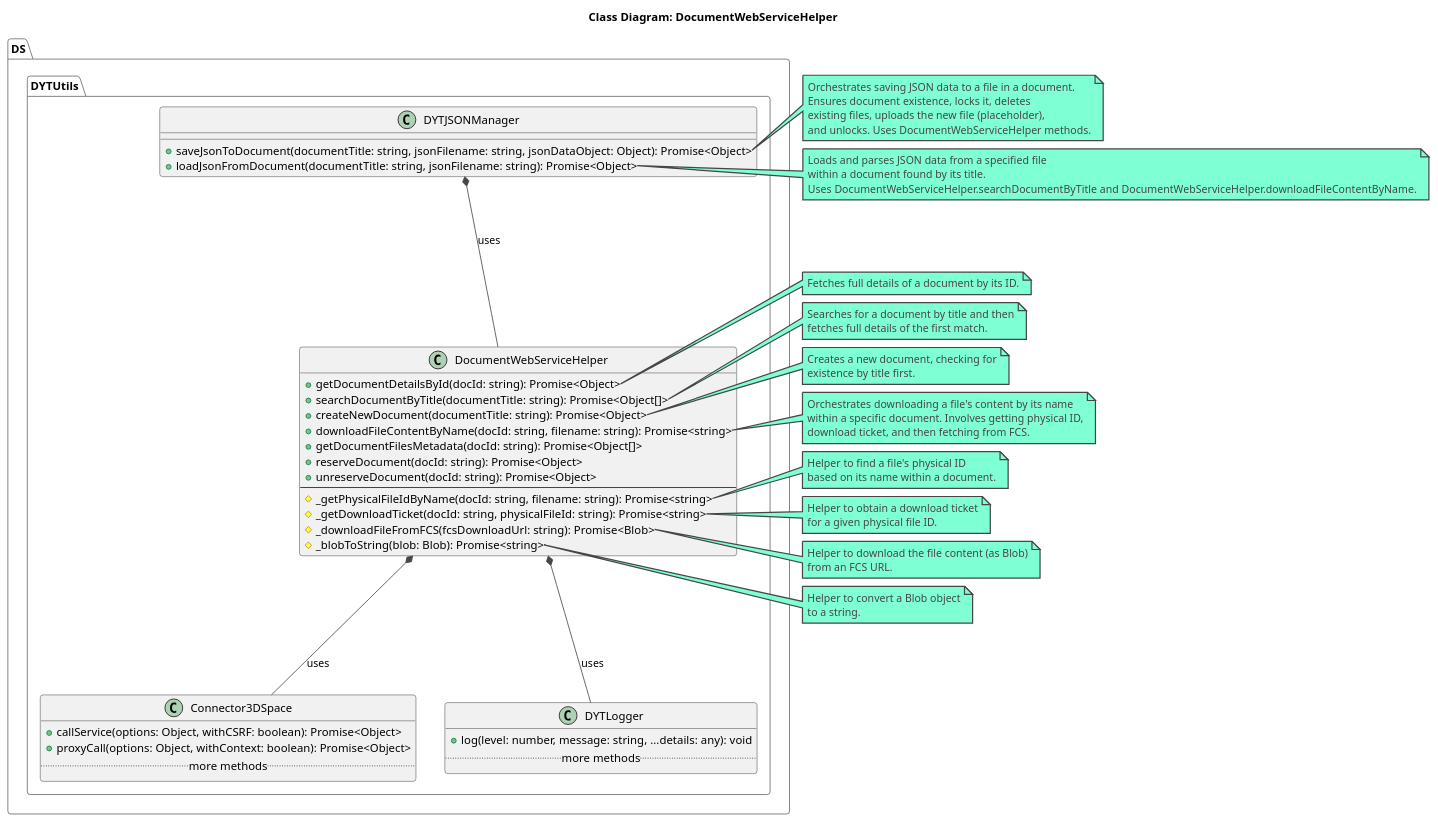
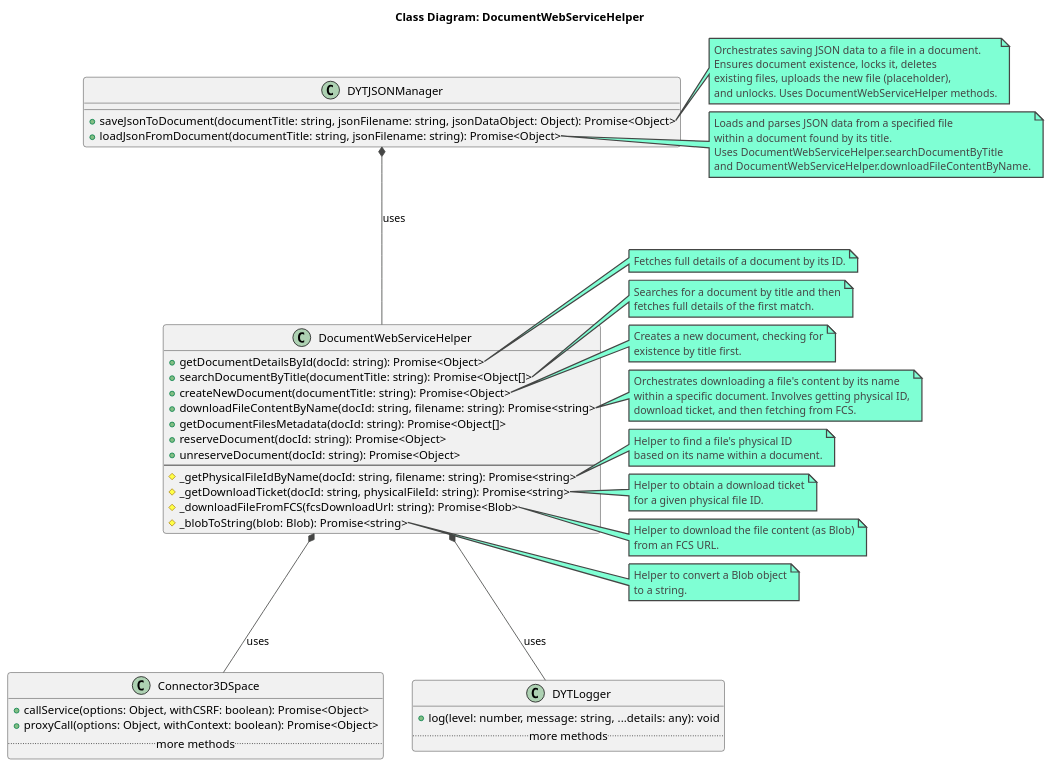
Before and after one commit to rkonvicny/DYTUtils: the diagram in Docs/06-classes/DocumentWebServiceHelper.puml, drawn with PlantUML. The commit also changed 4 other files, not shown here.

```diff
--- a/Docs/06-classes/DocumentWebServiceHelper.puml
+++ b/Docs/06-classes/DocumentWebServiceHelper.puml
@@ -1,95 +1,96 @@
 @startuml DocumentWebServiceHelper_ClassDiagram
 !theme vibrant
 title Class Diagram: DocumentWebServiceHelper
 
-package "DS.DYTUtils" {
+' package "DYTUtils" {
 
     class DocumentWebServiceHelper {
         + getDocumentDetailsById(docId: string): Promise<Object>
         + searchDocumentByTitle(documentTitle: string): Promise<Object[]>
         + createNewDocument(documentTitle: string): Promise<Object>
         + downloadFileContentByName(docId: string, filename: string): Promise<string>
         + getDocumentFilesMetadata(docId: string): Promise<Object[]>
         + reserveDocument(docId: string): Promise<Object>
         + unreserveDocument(docId: string): Promise<Object>
         --
         # _getPhysicalFileIdByName(docId: string, filename: string): Promise<string>
         # _getDownloadTicket(docId: string, physicalFileId: string): Promise<string>
         # _downloadFileFromFCS(fcsDownloadUrl: string): Promise<Blob>
         # _blobToString(blob: Blob): Promise<string>
     }
     class DYTJSONManager {
         + saveJsonToDocument(documentTitle: string, jsonFilename: string, jsonDataObject: Object): Promise<Object>
         + loadJsonFromDocument(documentTitle: string, jsonFilename: string): Promise<Object>
     }
     class Connector3DSpace {
         + callService(options: Object, withCSRF: boolean): Promise<Object>
         + proxyCall(options: Object, withContext: boolean): Promise<Object>
         .. more methods ..
     }
 
     class DYTLogger {
         + log(level: number, message: string, ...details: any): void
         .. more methods ..
     }
 
-}
+' }
 
 DYTJSONManager *-- DocumentWebServiceHelper : uses
 DocumentWebServiceHelper *-- Connector3DSpace : uses
 DocumentWebServiceHelper *-- DYTLogger : uses
 
 note right of DocumentWebServiceHelper::getDocumentDetailsById
 Fetches full details of a document by its ID.
 end note
 
 note right of DocumentWebServiceHelper::searchDocumentByTitle
 Searches for a document by title and then
 fetches full details of the first match.
 end note
 
 note right of DocumentWebServiceHelper::createNewDocument
 Creates a new document, checking for
 existence by title first.
 end note
 
 note right of DocumentWebServiceHelper::downloadFileContentByName
 Orchestrates downloading a file's content by its name
 within a specific document. Involves getting physical ID,
 download ticket, and then fetching from FCS.
 end note
 
 note right of DocumentWebServiceHelper::_getPhysicalFileIdByName
 Helper to find a file's physical ID
 based on its name within a document.
 end note
 
 note right of DocumentWebServiceHelper::_getDownloadTicket
 Helper to obtain a download ticket
 for a given physical file ID.
 end note
 
 note right of DocumentWebServiceHelper::_downloadFileFromFCS
 Helper to download the file content (as Blob)
 from an FCS URL.
 end note
 
 note right of DocumentWebServiceHelper::_blobToString
 Helper to convert a Blob object
 to a string.
 end note
 
 note right of DYTJSONManager::saveJsonToDocument
   Orchestrates saving JSON data to a file in a document.
   Ensures document existence, locks it, deletes
   existing files, uploads the new file (placeholder),
   and unlocks. Uses DocumentWebServiceHelper methods.
 end note
 
 note right of DYTJSONManager::loadJsonFromDocument
   Loads and parses JSON data from a specified file
   within a document found by its title.
-  Uses DocumentWebServiceHelper.searchDocumentByTitle and DocumentWebServiceHelper.downloadFileContentByName.
+  Uses DocumentWebServiceHelper.searchDocumentByTitle
+  and DocumentWebServiceHelper.downloadFileContentByName.
 end note
 
 @enduml
```
